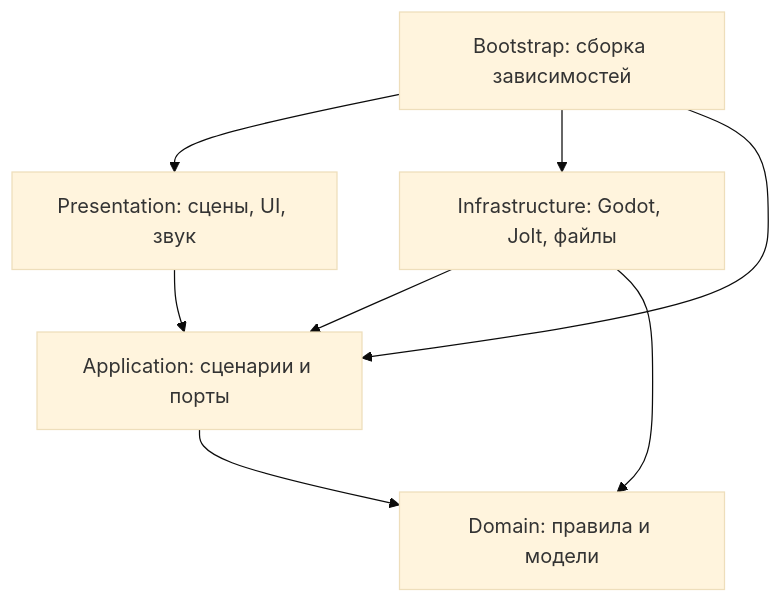
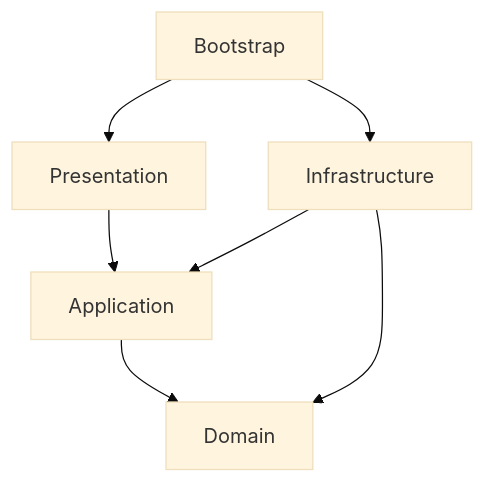
One commit to hhypest/project-evacuation changed the diagram in Architecture.md. Above: the diagram before and after it, drawn with Mermaid (base theme). The commit also changed other lines of this file and 16 other files, not shown here.

Commit message:
docs(DOC-03): centralize development rules and split architecture references

````diff
--- a/Architecture.md
+++ b/Architecture.md
@@ -15,10 +5,9 @@
 ```mermaid
 flowchart TB
-    B[Bootstrap: сборка зависимостей] --> P[Presentation: сцены, UI, звук]
-    B --> I[Infrastructure: Godot, Jolt, файлы]
-    B --> A[Application: сценарии и порты]
-    P --> A
+    B["Bootstrap"] --> P["Presentation"]
+    B --> I["Infrastructure"]
+    P --> A["Application"]
     I --> A
-    I --> D[Domain: правила и модели]
+    I --> D["Domain"]
     A --> D
 ```
````
